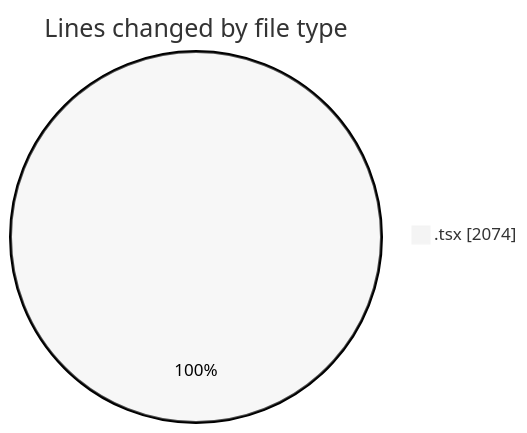
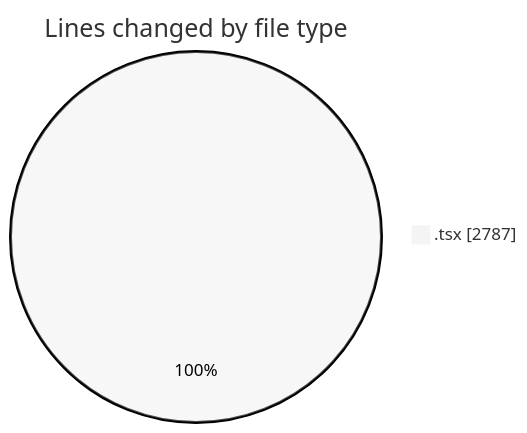
The first of 2 diagrams in 2026-03-22/nxtqube_webapp/README.md (nxtqubesakshisongat/code-tracking), drawn with Mermaid (neutral theme) before and after one commit. The commit also changed other lines of this file and 1 other file, not shown here.

````diff
--- a/2026-03-22/nxtqube_webapp/README.md
+++ b/2026-03-22/nxtqube_webapp/README.md
@@ -22,5 +23,5 @@
 ```mermaid
 pie showData
 title Lines changed by file type
-".tsx" : 2074
+".tsx" : 2787
 ```
````
